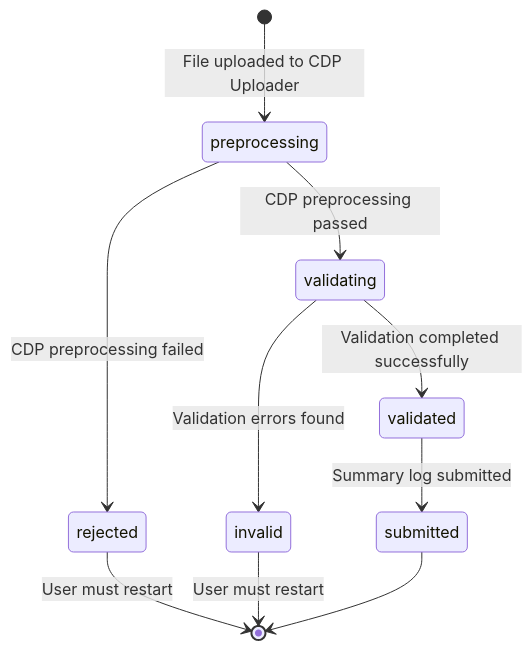
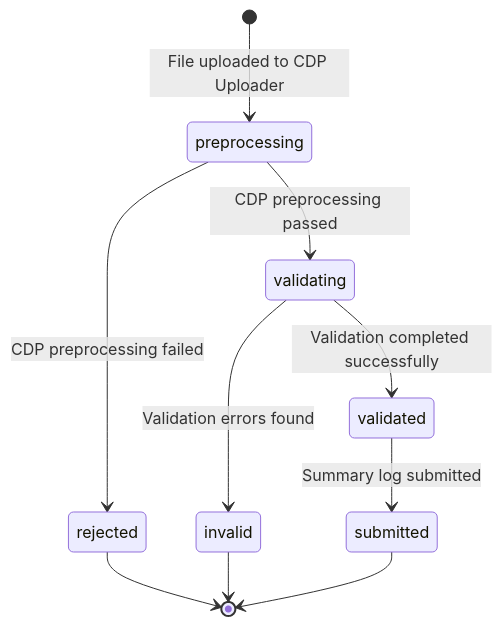
One commit to DEFRA/epr-backend changed the third of 10 diagrams in docs/architecture/discovery/pepr-hld.md. Above: the diagram before and after it, drawn with Mermaid.

Commit message:
Remove unnecessary labels from state diagram

````diff
--- a/docs/architecture/discovery/pepr-hld.md
+++ b/docs/architecture/discovery/pepr-hld.md
@@ -247,12 +247,12 @@
 ```mermaid
 stateDiagram-v2
     [*] --> preprocessing: File uploaded to CDP Uploader
     preprocessing --> rejected: CDP preprocessing failed
     preprocessing --> validating: CDP preprocessing passed
     validating --> invalid: Validation errors found
     validating --> validated: Validation completed successfully
     validated --> submitted: Summary log submitted
-    rejected --> [*]: User must restart
-    invalid --> [*]: User must restart
+    rejected --> [*]
+    invalid --> [*]
     submitted --> [*]
 ```
````
